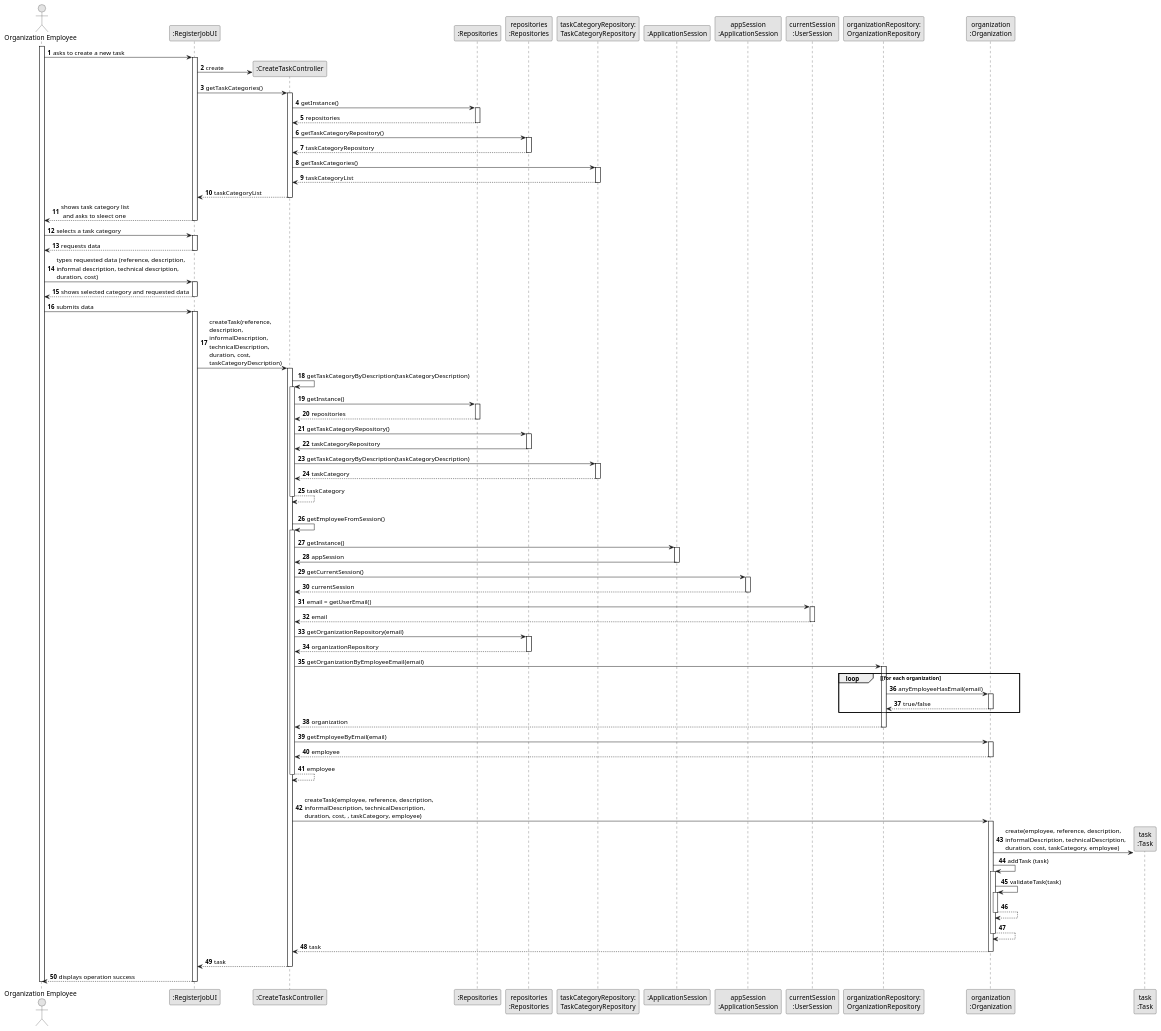
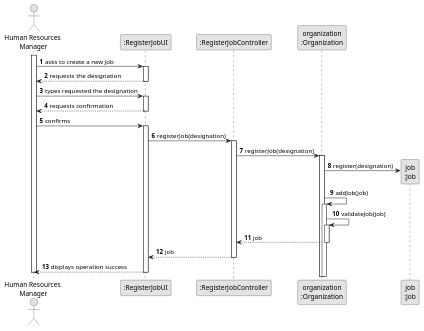
The diagram in docs/sprintB/us002/03.design/puml/us002-sequence-diagram-full.puml (diogoveirospro/lei-24-s2-1dg-g072), drawn with PlantUML before and after one commit. The commit also changed 19 other files, not shown here.

Commit message:
Partial and full sequence diagram of US02 and start of class diagram

```diff
--- a/docs/sprintB/us002/03.design/puml/us002-sequence-diagram-full.puml
+++ b/docs/sprintB/us002/03.design/puml/us002-sequence-diagram-full.puml
@@ -1,180 +1,57 @@
 @startuml
 skinparam monochrome true
 skinparam packageStyle rectangle
 skinparam shadowing false
 
 autonumber
 
 'hide footbox
-actor "Organization Employee" as ADM
+actor "Human Resources\n Manager" as HRM
 participant ":RegisterJobUI" as UI
-participant ":CreateTaskController" as CTRL
-participant ":Repositories" as RepositorySingleton
-participant "repositories\n:Repositories" as PLAT
-participant "taskCategoryRepository:\nTaskCategoryRepository" as TaskCategoryRepository
-participant ":ApplicationSession" as _APP
-participant "appSession\n:ApplicationSession" as APP
-participant "currentSession\n:UserSession" as SESSAO
-participant "organizationRepository:\nOrganizationRepository" as OrganizationRepository
+participant ":RegisterJobController" as CTRL
 participant "organization\n:Organization" as ORG
-participant "task\n:Task" as TAREFA
+participant "job\n:Job" as Job
 
-activate ADM
+activate HRM
 
-        ADM -> UI : asks to create a new task
+    HRM -> UI : asks to create a new job
 
-        activate UI
-
-'            UI --> ADM : requests data (reference, description,  informal \n description, technical description, duration, cost)
-            'create CTRL
-            UI -> CTRL** : create
-
-            UI -> CTRL : getTaskCategories()
-            activate CTRL
-
-                CTRL -> RepositorySingleton : getInstance()
-                activate RepositorySingleton
-
-                    RepositorySingleton --> CTRL: repositories
-                deactivate RepositorySingleton
-
-                CTRL -> PLAT : getTaskCategoryRepository()
-                activate PLAT
-
-                    PLAT --> CTRL: taskCategoryRepository
-                deactivate PLAT
-
-                CTRL -> TaskCategoryRepository : getTaskCategories()
-                activate TaskCategoryRepository
-
-                    TaskCategoryRepository --> CTRL : taskCategoryList
-                deactivate TaskCategoryRepository
-
-                CTRL --> UI : taskCategoryList
-            deactivate CTRL
-
-            UI --> ADM : shows task category list\n and asks to sleect one
-        deactivate UI
-
-    ADM -> UI : selects a task category
     activate UI
 
-        UI --> ADM : requests data
+        UI --> HRM : requests the designation
     deactivate UI
 
-    ADM -> UI : types requested data (reference, description, \ninformal description, technical description,\nduration, cost)
+    HRM -> UI : types requested the designation
     activate UI
 
-        UI --> ADM : shows selected category and requested data
+        UI --> HRM : requests confirmation
     deactivate UI
 
-    ADM -> UI : submits data
+    HRM -> UI : confirms
     activate UI
 
-        UI -> CTRL : createTask(reference,\ndescription,\ninformalDescription,\ntechnicalDescription,\nduration, cost,\ntaskCategoryDescription)
+        UI -> CTRL : registerJob(designation)
         activate CTRL
 
-            CTRL -> CTRL : getTaskCategoryByDescription(taskCategoryDescription)
-            activate CTRL
+            CTRL -> ORG : registerJob(designation)
+            activate ORG
 
-                CTRL -> RepositorySingleton : getInstance()
-                activate RepositorySingleton
-
-                    RepositorySingleton --> CTRL: repositories
-                deactivate RepositorySingleton
-
-                CTRL -> PLAT : getTaskCategoryRepository()
-                activate PLAT
-
-                    PLAT -> CTRL : taskCategoryRepository
-                deactivate PLAT
-
-                CTRL -> TaskCategoryRepository : getTaskCategoryByDescription(taskCategoryDescription)
-                activate TaskCategoryRepository
-
-                    TaskCategoryRepository --> CTRL : taskCategory
-                deactivate TaskCategoryRepository
-                    CTRL --> CTRL : taskCategory
-            deactivate CTRL
-
-            |||
-            CTRL -> CTRL : getEmployeeFromSession()
-            activate CTRL
-
-                CTRL -> _APP: getInstance()
-                activate _APP
-                    _APP -> CTRL: appSession
-                deactivate _APP
-
-
-                CTRL -> APP: getCurrentSession()
-                activate APP
-
-                    APP --> CTRL: currentSession
-                deactivate APP
-
-                CTRL -> SESSAO: email = getUserEmail()
-                activate SESSAO
-
-                    SESSAO --> CTRL: email
-                deactivate SESSAO
-
-
-                CTRL -> PLAT: getOrganizationRepository(email)
-                activate PLAT
-
-                    PLAT --> CTRL: organizationRepository
-                deactivate PLAT
-
-
-                CTRL -> OrganizationRepository: getOrganizationByEmployeeEmail(email)
-                activate OrganizationRepository
-
-                    loop [for each organization
-                        OrganizationRepository -> ORG : anyEmployeeHasEmail(email)
-                        activate ORG
-
-                             ORG --> OrganizationRepository : true/false
-                        deactivate ORG
-                    end
-                    OrganizationRepository --> CTRL : organization
-                deactivate OrganizationRepository
-
-                CTRL -> ORG: getEmployeeByEmail(email)
+            ORG -> Job**: register(designation)
+                ORG -> ORG: addJob(job)
                 activate ORG
 
-                    ORG --> CTRL : employee
-                deactivate ORG
+                ORG -> ORG: validateJob(job)
+                activate ORG
 
-                CTRL --> CTRL : employee
-            deactivate CTRL
-
-            |||
-            CTRL -> ORG: createTask(employee, reference, description,\ninformalDescription, technicalDescription,\nduration, cost, , taskCategory, employee)
-            activate ORG
-
-                ORG -> TAREFA**: create(employee, reference, description,\ninformalDescription, technicalDescription,\nduration, cost, taskCategory, employee)
-                ORG -> ORG: addTask (task)
-
-
-                activate ORG
-                    ORG -> ORG: validateTask(task)
-                    activate ORG
-                        ORG --> ORG
-                    deactivate ORG
-
-                    ORG --> ORG
-                deactivate ORG
-
-                ORG --> CTRL : task
-
+            ORG --> CTRL : job
             deactivate ORG
 
-            CTRL --> UI: task
-            deactivate CTRL
-            UI --> ADM: displays operation success
+            CTRL --> UI : job
+        deactivate CTRL
+
+        UI --> HRM: displays operation success
     deactivate UI
 
-deactivate ADM
+deactivate HRM
 
 @enduml
```
